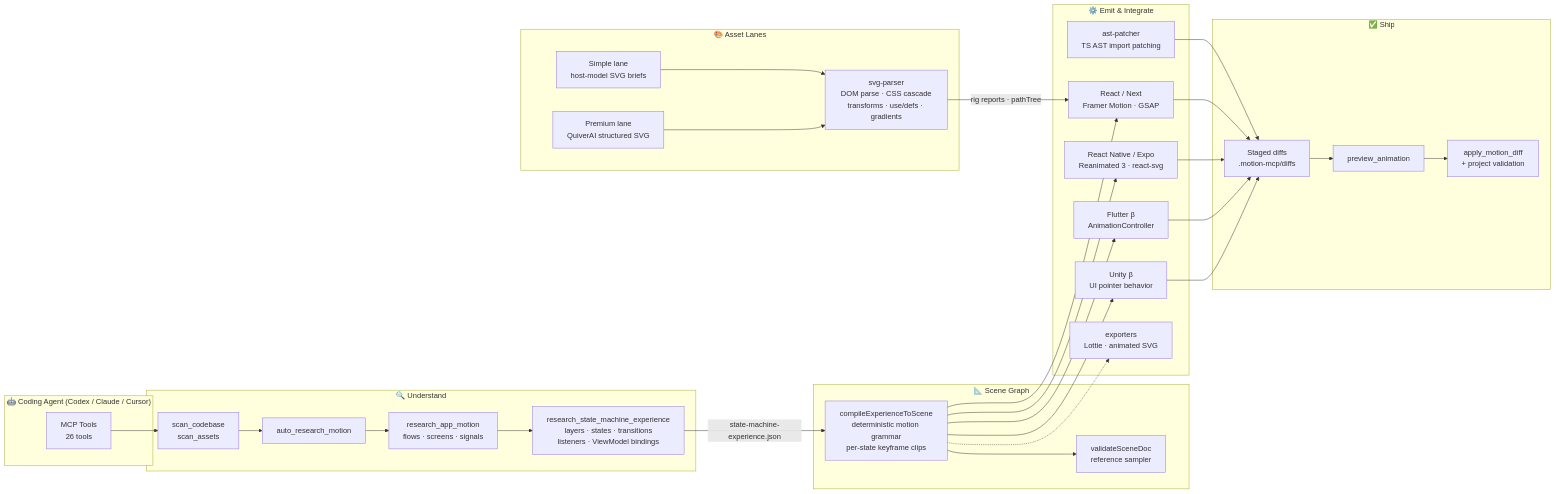
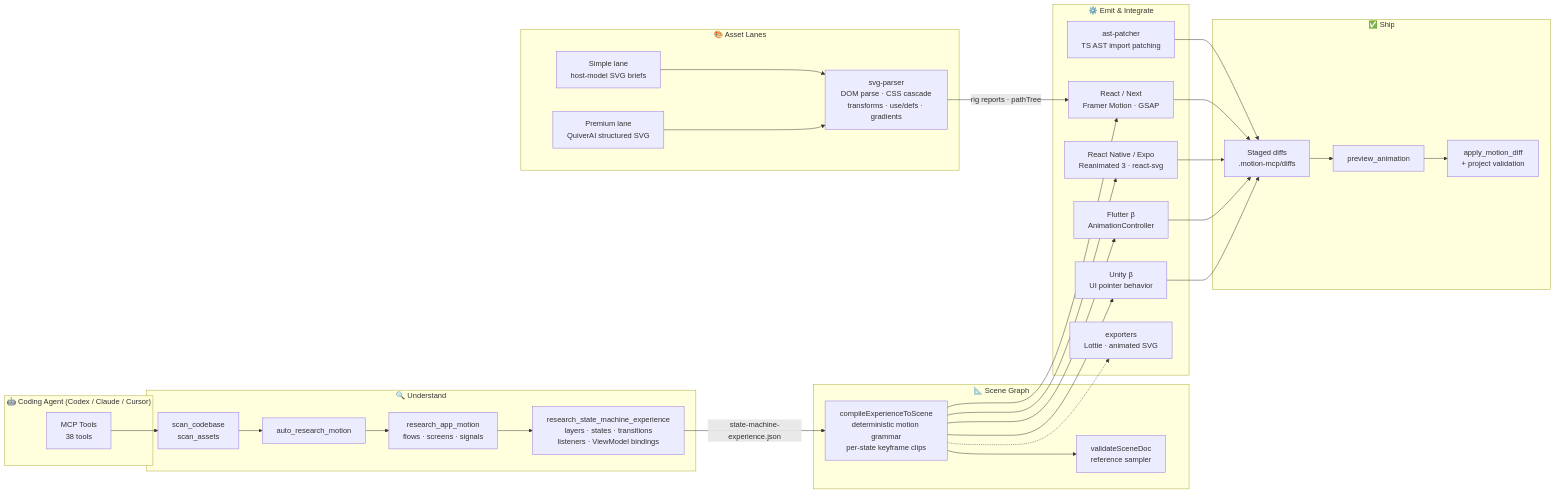
The first of 2 diagrams in README.md (itsoumya-d/motion-mcp), drawn with Mermaid before and after one commit. The commit also changed other lines of this file and 1 other file, not shown here.

Commit message:
docs: positioning vs Anim8 and Rive MCP; refresh counts, package table, skill workflow

````diff
--- a/README.md
+++ b/README.md
@@ -40,50 +64,50 @@
 ```mermaid
 flowchart LR
     subgraph AGENT["🤖 Coding Agent (Codex / Claude / Cursor)"]
-        T["MCP Tools<br/>26 tools"]
+        T["MCP Tools<br/>38 tools"]
     end
 
     subgraph RESEARCH["🔍 Understand"]
         S["scan_codebase<br/>scan_assets"] --> R1["auto_research_motion"]
         R1 --> R2["research_app_motion<br/>flows · screens · signals"]
         R2 --> R3["research_state_machine_experience<br/>layers · states · transitions<br/>listeners · ViewModel bindings"]
     end
 
     subgraph ASSETS["🎨 Asset Lanes"]
         A1["Simple lane<br/>host-model SVG briefs"]
         A2["Premium lane<br/>QuiverAI structured SVG"]
         A3["svg-parser<br/>DOM parse · CSS cascade<br/>transforms · use/defs · gradients"]
         A1 --> A3
         A2 --> A3
     end
 
     subgraph SCENE["📐 Scene Graph"]
         SG["compileExperienceToScene<br/>deterministic motion grammar<br/>per-state keyframe clips"]
         V["validateSceneDoc<br/>reference sampler"]
         SG --> V
     end
 
     subgraph EMIT["⚙️ Emit & Integrate"]
         E1["React / Next<br/>Framer Motion · GSAP"]
         E2["React Native / Expo<br/>Reanimated 3 · react-svg"]
         E3["Flutter β<br/>AnimationController"]
         E4["Unity β<br/>UI pointer behavior"]
         P["ast-patcher<br/>TS AST import patching"]
         EX["exporters<br/>Lottie · animated SVG"]
     end
 
     subgraph SHIP["✅ Ship"]
         D["Staged diffs<br/>.motion-mcp/diffs"]
         PV["preview_animation"]
         AP["apply_motion_diff<br/>+ project validation"]
     end
 
     T --> S
     R3 -->|"state-machine-experience.json"| SG
     A3 -->|"rig reports · pathTree"| E1
     SG --> E1 & E2 & E3 & E4
     P --> D
     E1 & E2 & E3 & E4 --> D
     SG -.-> EX
     D --> PV --> AP
 ```
````
